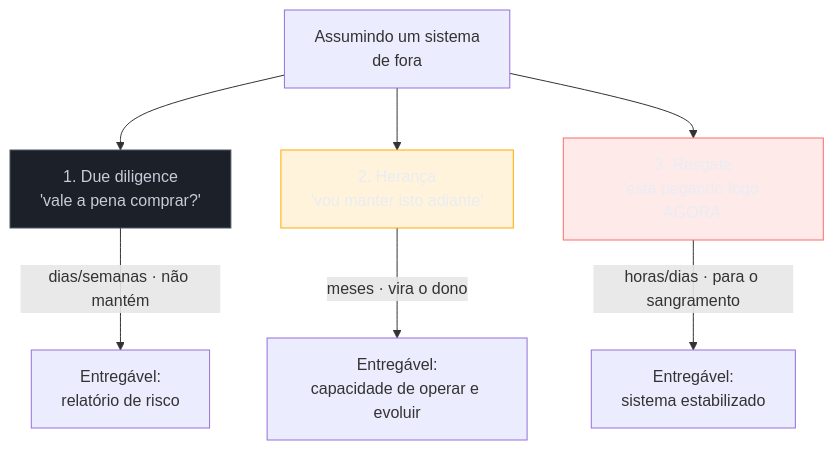
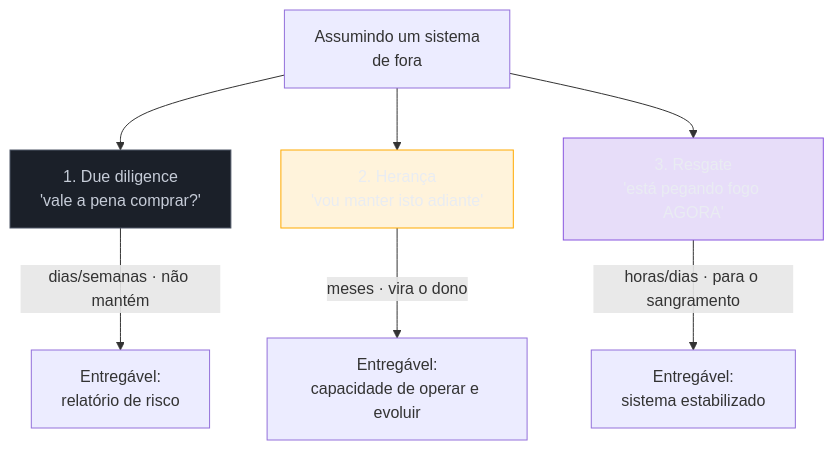
One commit to josenaldo/codex-technomanticus changed the diagram in 03-Dominios/Engenharia/Arqueologia e Restauração de Software/03 - A lente do consultor.md. Above: the diagram before and after it, drawn with Mermaid. The commit also changed 601 other files, not shown here.

````diff
--- a/03-Dominios/Engenharia/Arqueologia e Restauração de Software/03 - A lente do consultor.md
+++ b/03-Dominios/Engenharia/Arqueologia e Restauração de Software/03 - A lente do consultor.md
@@ -41,15 +41,15 @@
 ```mermaid
 graph TD
+    classDef marca fill:#8855DF33,stroke:#8855DF,color:#E9ECF2
     classDef neutro fill:#1B2029,stroke:#4E5666,color:#C6CCD8
     classDef destaque fill:#FFAA0024,stroke:#FFAA00,color:#E9ECF2
-    classDef falha fill:#FF6B6B24,stroke:#FF6B6B,color:#E9ECF2
     Q["Assumindo um sistema<br/>de fora"] --> DD["1. Due diligence<br/>'vale a pena comprar?'"]
     Q --> H["2. Herança<br/>'vou manter isto adiante'"]
     Q --> R["3. Resgate<br/>'está pegando fogo AGORA'"]
     DD -->|"dias/semanas · não mantém"| DDE["Entregável:<br/>relatório de risco"]
     H -->|"meses · vira o dono"| HE["Entregável:<br/>capacidade de operar e evoluir"]
     R -->|"horas/dias · para o sangramento"| RE["Entregável:<br/>sistema estabilizado"]
     class DD neutro
     class H destaque
-    class R falha
+    class R marca
 ```
````
